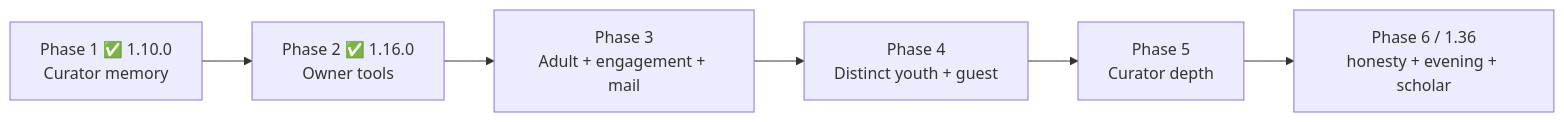
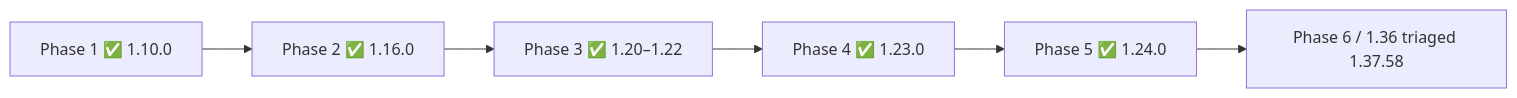
One commit to romwil/projectionist changed the diagram in docs/DELIGHT-WISHLIST.md. Above: the diagram before and after it, drawn with Mermaid. The commit also changed other lines of this file and 4 other files, not shown here.

First line of the commit message:
docs: rewrite delight wishlist as a 1.37.59+ persona roadmap

````diff
--- a/docs/DELIGHT-WISHLIST.md
+++ b/docs/DELIGHT-WISHLIST.md
@@ -32,8 +460,8 @@
 ```mermaid
 flowchart LR
-  P1["Phase 1 ✅ 1.10.0<br/>Curator memory"] --> P2["Phase 2 ✅ 1.16.0<br/>Owner tools"]
-  P2 --> P3["Phase 3<br/>Adult + engagement + mail"]
-  P3 --> P4["Phase 4<br/>Distinct youth + guest"]
-  P4 --> P5["Phase 5<br/>Curator depth"]
-  P5 --> P6["Phase 6 / 1.36<br/>honesty + evening + scholar"]
+  P1["Phase 1 ✅ 1.10.0"] --> P2["Phase 2 ✅ 1.16.0"]
+  P2 --> P3["Phase 3 ✅ 1.20–1.22"]
+  P3 --> P4["Phase 4 ✅ 1.23.0"]
+  P4 --> P5["Phase 5 ✅ 1.24.0"]
+  P5 --> P6["Phase 6 / 1.36 triaged 1.37.58"]
 ```
````
